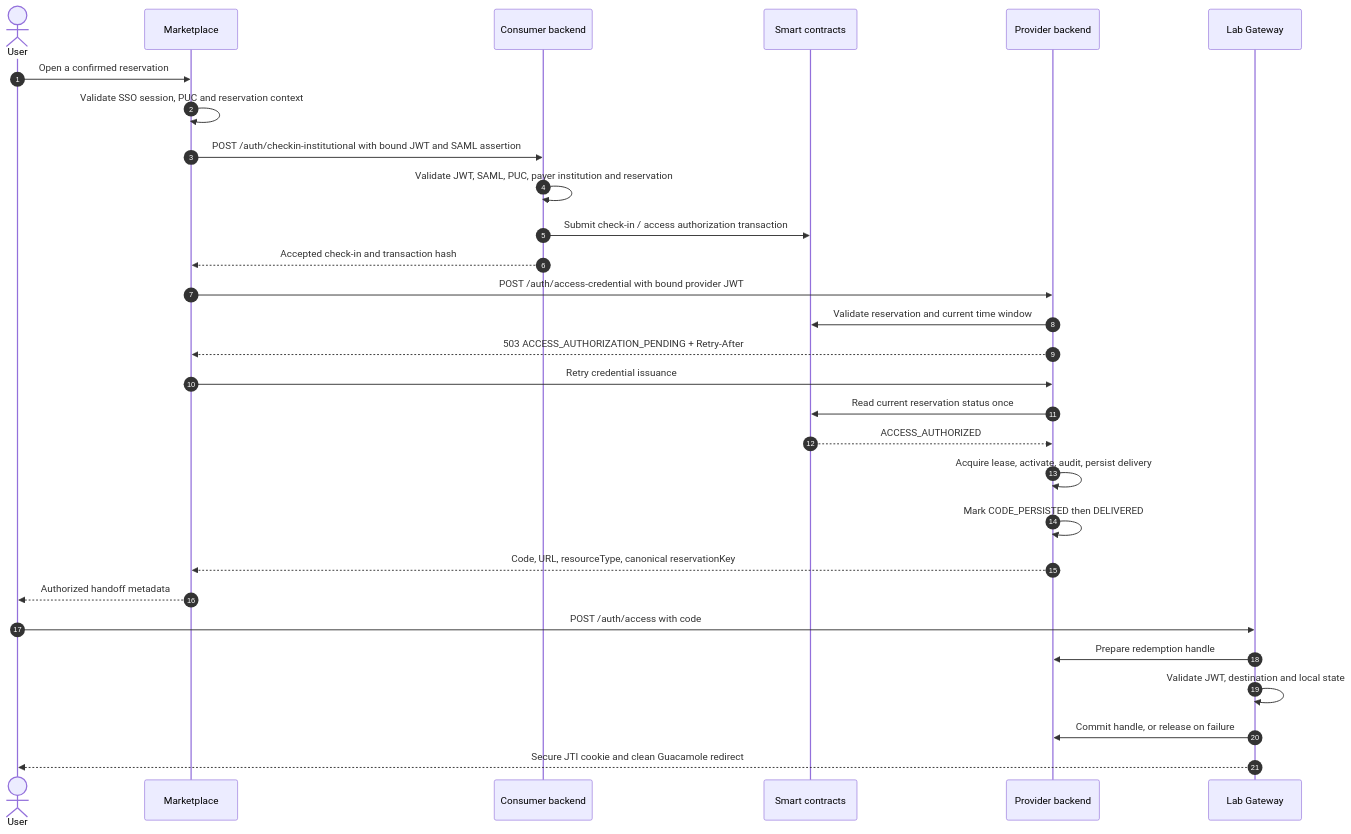
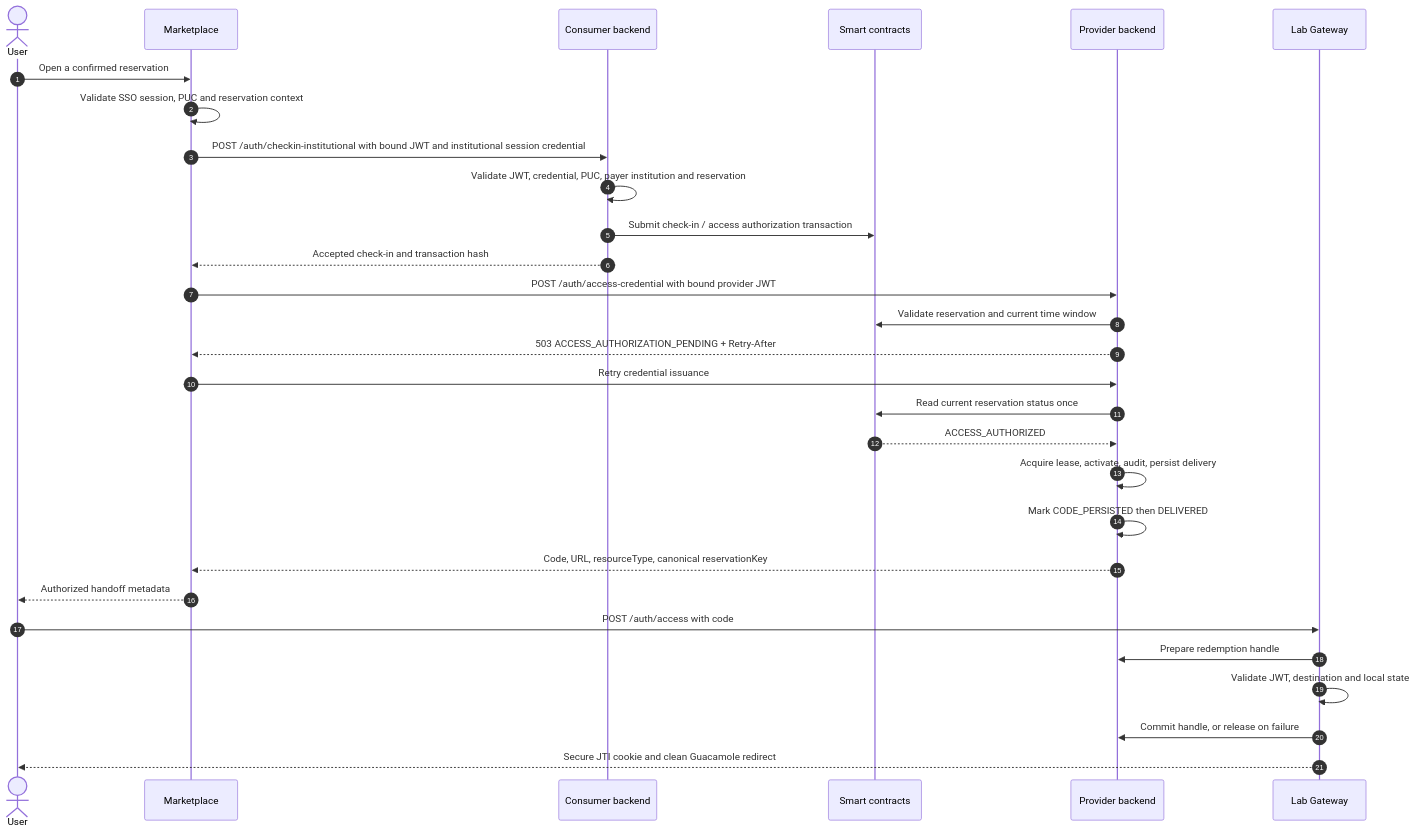
The second of 2 diagrams in docs/workflows/institutional-check-in-access-sessions.md (DecentraLabsCom/Lab-Gateway), drawn with Mermaid before and after one commit. The commit also changed other lines of this file and 1 other file, not shown here.

Commit message:
Align institutional session workflow documentation

````diff
--- a/docs/workflows/institutional-check-in-access-sessions.md
+++ b/docs/workflows/institutional-check-in-access-sessions.md
@@ -55,32 +55,32 @@
 ```mermaid
 sequenceDiagram
     autonumber
     actor User
     participant Marketplace
     participant Consumer as Consumer backend
     participant Chain as Smart contracts
     participant Provider as Provider backend
     participant Gateway as Lab Gateway
 
     User->>Marketplace: Open a confirmed reservation
     Marketplace->>Marketplace: Validate SSO session, PUC and reservation context
-    Marketplace->>Consumer: POST /auth/checkin-institutional with bound JWT and SAML assertion
-    Consumer->>Consumer: Validate JWT, SAML, PUC, payer institution and reservation
+    Marketplace->>Consumer: POST /auth/checkin-institutional with bound JWT and institutional session credential
+    Consumer->>Consumer: Validate JWT, credential, PUC, payer institution and reservation
     Consumer->>Chain: Submit check-in / access authorization transaction
     Consumer-->>Marketplace: Accepted check-in and transaction hash
     Marketplace->>Provider: POST /auth/access-credential with bound provider JWT
     Provider->>Chain: Validate reservation and current time window
     Provider-->>Marketplace: 503 ACCESS_AUTHORIZATION_PENDING + Retry-After
     Marketplace->>Provider: Retry credential issuance
     Provider->>Chain: Read current reservation status once
     Chain-->>Provider: ACCESS_AUTHORIZED
     Provider->>Provider: Acquire lease, activate, audit, persist delivery
     Provider->>Provider: Mark CODE_PERSISTED then DELIVERED
     Provider-->>Marketplace: Code, URL, resourceType, canonical reservationKey
     Marketplace-->>User: Authorized handoff metadata
     User->>Gateway: POST /auth/access with code
     Gateway->>Provider: Prepare redemption handle
     Gateway->>Gateway: Validate JWT, destination and local state
     Gateway->>Provider: Commit handle, or release on failure
     Gateway-->>User: Secure JTI cookie and clean Guacamole redirect
 ```
````
